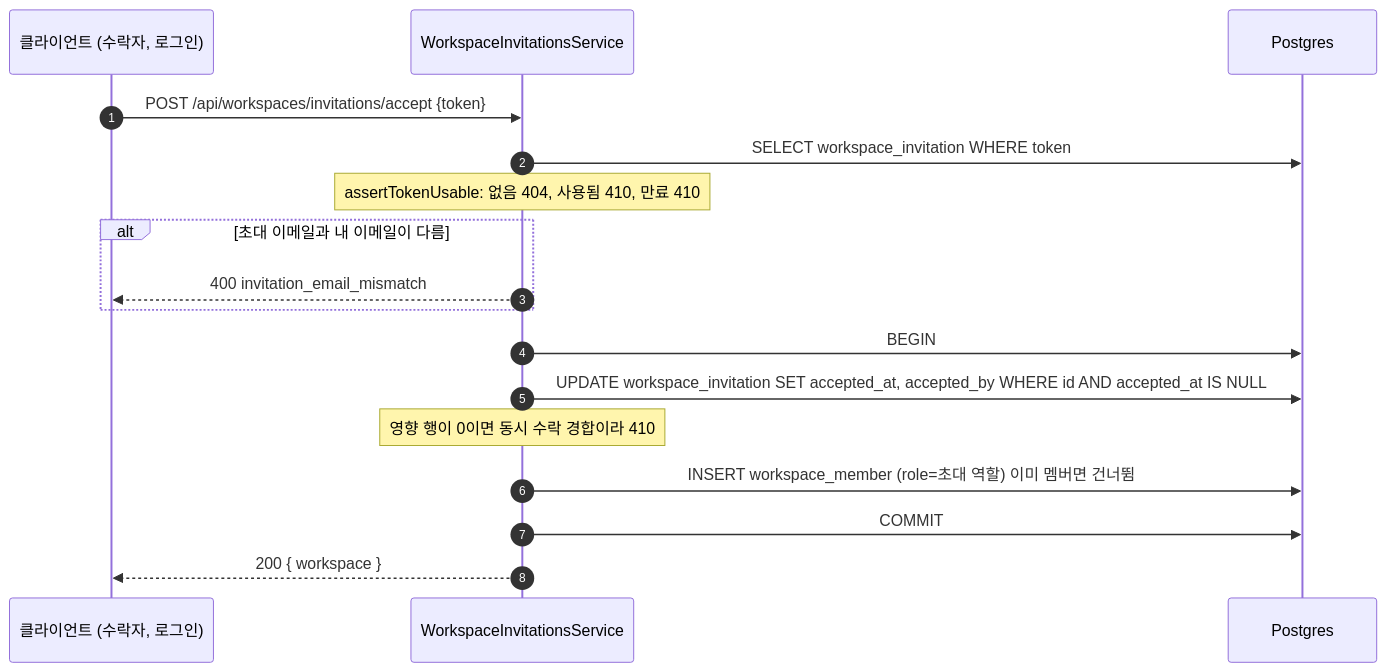
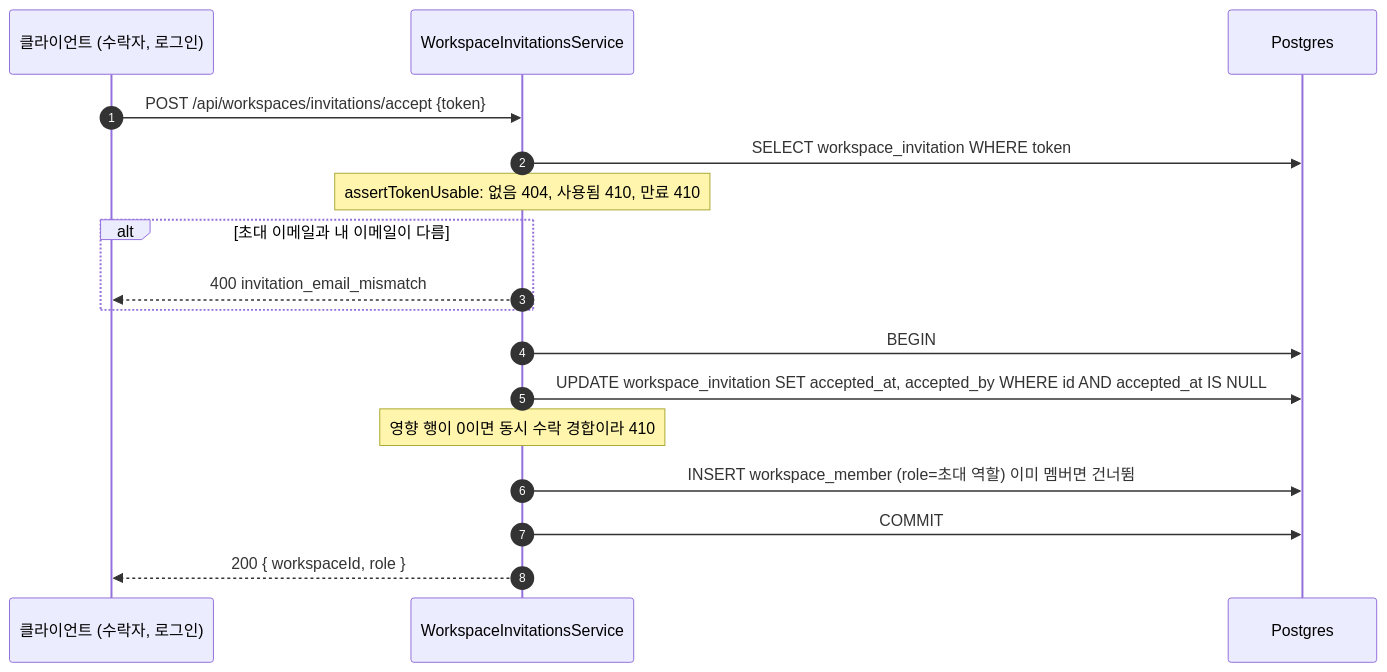
The third of 6 diagrams in spec/CLE-ACCT/CLE-ACCT-DATA-WS.md (worker-ants/clemvion), drawn with Mermaid before and after one commit. The commit also changed other lines of this file and 15 other files, not shown here.

````diff
--- a/spec/CLE-ACCT/CLE-ACCT-DATA-WS.md
+++ b/spec/CLE-ACCT/CLE-ACCT-DATA-WS.md
@@ -127,19 +129,19 @@
 ```mermaid
 sequenceDiagram
   autonumber
   participant C as 클라이언트 (수락자, 로그인)
   participant Svc as WorkspaceInvitationsService
   participant PG as Postgres
   C->>Svc: POST /api/workspaces/invitations/accept {token}
   Svc->>PG: SELECT workspace_invitation WHERE token
   Note over Svc: assertTokenUsable: 없음 404, 사용됨 410, 만료 410
   alt 초대 이메일과 내 이메일이 다름
     Svc-->>C: 400 invitation_email_mismatch
   end
   Svc->>PG: BEGIN
   Svc->>PG: UPDATE workspace_invitation SET accepted_at, accepted_by WHERE id AND accepted_at IS NULL
   Note over Svc: 영향 행이 0이면 동시 수락 경합이라 410
   Svc->>PG: INSERT workspace_member (role=초대 역할) 이미 멤버면 건너뜀
   Svc->>PG: COMMIT
-  Svc-->>C: 200 { workspace }
+  Svc-->>C: 200 { workspaceId, role }
 ```
````
